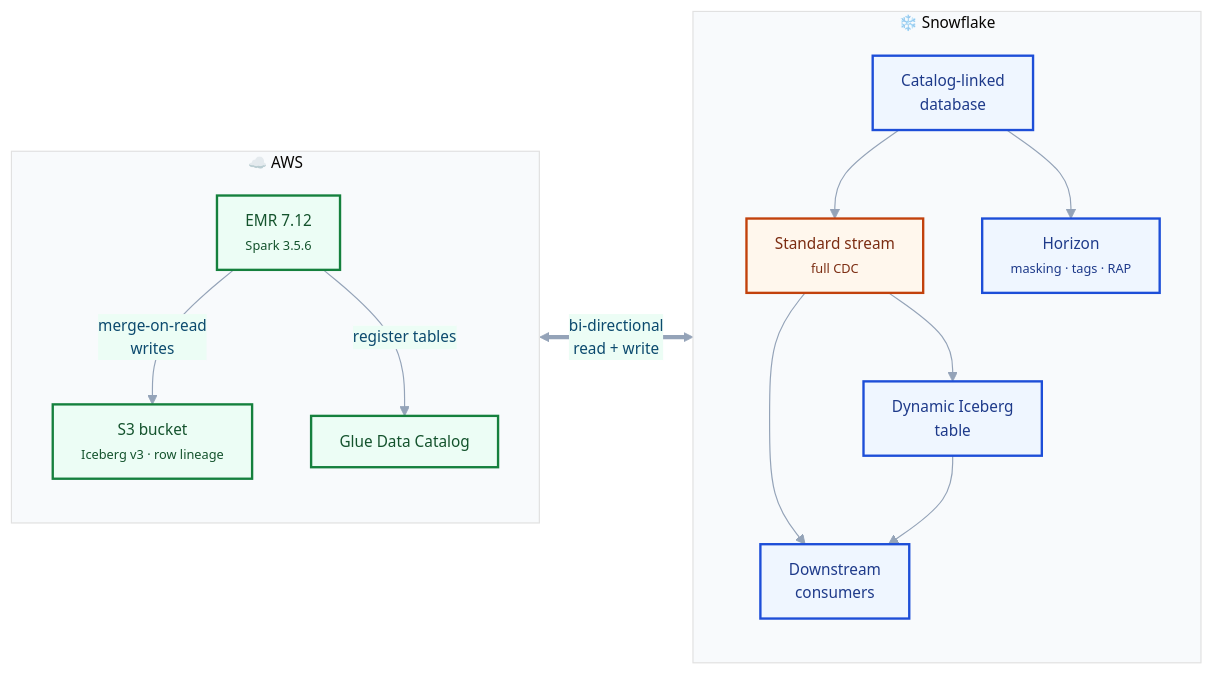
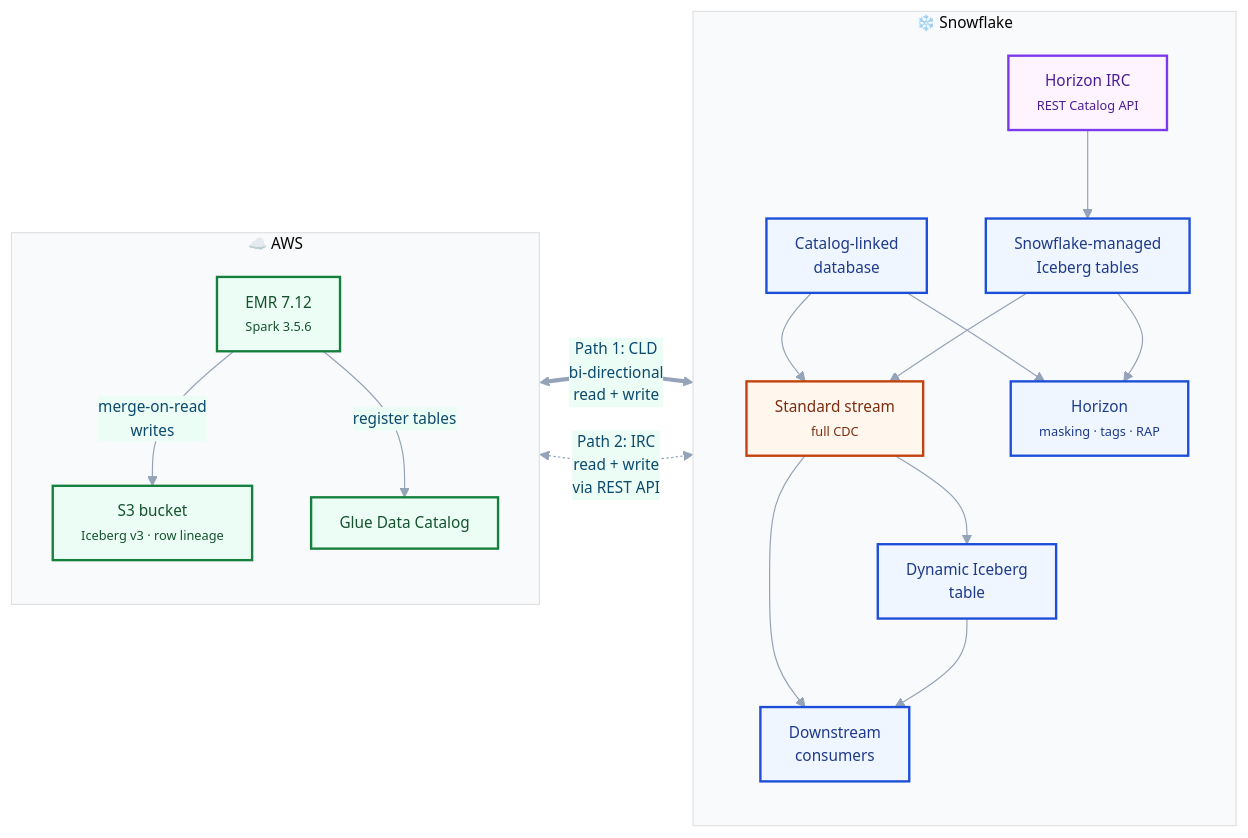
One commit to NaveenAlan/iceberg-v3-snowflake-interoperability changed the first of 3 diagrams in README.md. Above: the diagram before and after it, drawn with Mermaid. The commit also changed other lines of this file, not shown here.

First line of the commit message:
Elevate Horizon IRC to first-class interoperability path alongside CLD

````diff
--- a/README.md
+++ b/README.md
@@ -11,54 +11,61 @@
 ```mermaid
 %%{init: {
   "flowchart": { "curve": "basis", "padding": 12 },
   "theme": "base",
   "themeVariables": {
     "fontFamily": "ui-sans-serif, system-ui, sans-serif",
     "fontSize": "13px",
     "primaryColor": "#dbeafe",
     "primaryTextColor": "#0c4a6e",
     "primaryBorderColor": "#0369a1",
     "secondaryColor": "#ecfdf5",
     "tertiaryColor": "#f8fafc",
     "lineColor": "#94a3b8",
     "textColor": "#0f172a"
   }
 }}%%
 
 flowchart LR
 
   subgraph AWS["☁️ AWS"]
     direction TB
     EMR["EMR 7.12<br/><small>Spark 3.5.6</small>"]
     S3["S3 bucket<br/><small>Iceberg v3 · row lineage</small>"]
     Glue["Glue Data Catalog"]
     EMR -->|"merge-on-read<br/>writes"| S3
     EMR -->|"register tables"| Glue
   end
 
   subgraph SF["❄️ Snowflake"]
     direction TB
     CLD["Catalog-linked<br/>database"]
+    ManagedIce["Snowflake-managed<br/>Iceberg tables"]
+    IRC["Horizon IRC<br/><small>REST Catalog API</small>"]
     Stream["Standard stream<br/><small>full CDC</small>"]
     DIT["Dynamic Iceberg<br/>table"]
     Gov["Horizon<br/><small>masking · tags · RAP</small>"]
     Target["Downstream<br/>consumers"]
 
     CLD --> Stream
     CLD --> Gov
+    ManagedIce --> Gov
+    ManagedIce --> Stream
+    IRC --> ManagedIce
     Stream --> DIT
     Stream --> Target
     DIT --> Target
   end
 
-  Glue <== "bi-directional<br/>read + write" ==> CLD
+  Glue <== "Path 1: CLD<br/>bi-directional<br/>read + write" ==> CLD
+  EMR <-.-> |"Path 2: IRC<br/>read + write<br/>via REST API"| IRC
 
   classDef aws fill:#ecfdf5,stroke:#15803d,stroke-width:2px,color:#14532d
   classDef snow fill:#eff6ff,stroke:#1d4ed8,stroke-width:2px,color:#1e3a8a
   classDef accent fill:#fff7ed,stroke:#c2410c,stroke-width:2px,color:#7c2d12
-  classDef neutral fill:#f8fafc,stroke:#64748b,stroke-width:1.5px,color:#334155
+  classDef irc fill:#fdf4ff,stroke:#7c3aed,stroke-width:2px,color:#4c1d95
 
   class EMR,S3,Glue aws
-  class CLD,DIT,Gov,Target snow
+  class CLD,DIT,Gov,Target,ManagedIce snow
   class Stream accent
+  class IRC irc
 ```
````
